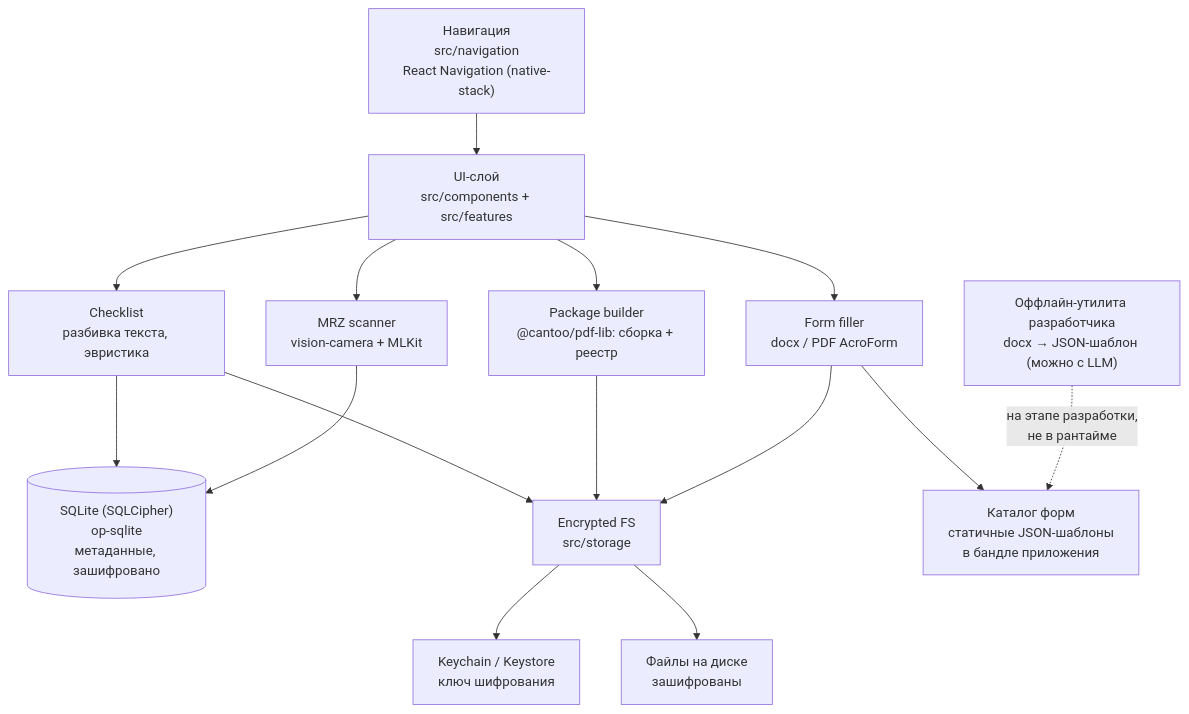
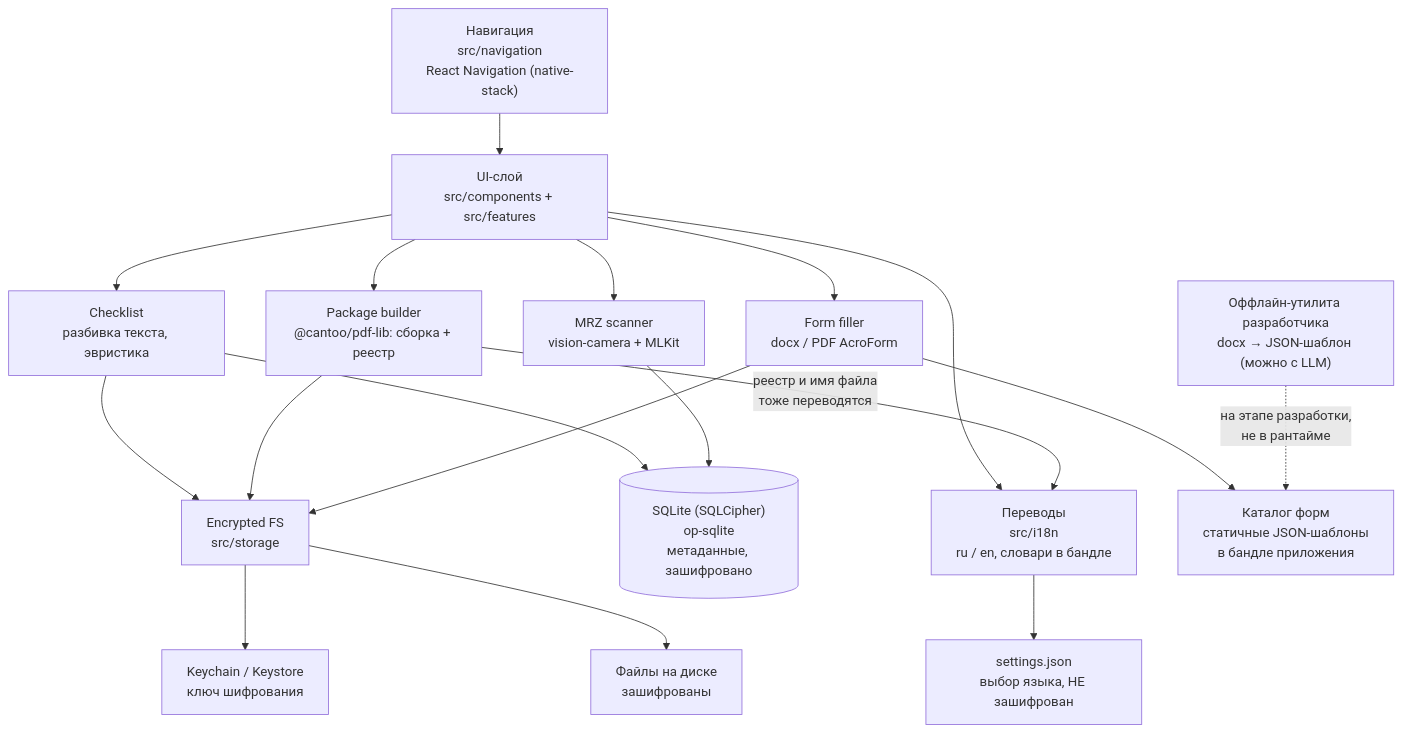
Before and after one commit to dplatonova1/go-docs: the diagram in docs/architecture.md, drawn with Mermaid. The commit also changed other lines of this file and 68 other files, not shown here.

````diff
--- a/docs/architecture.md
+++ b/docs/architecture.md
@@ -22,23 +22,28 @@
 ```mermaid
 graph TD
     UI["UI-слой<br/>src/components + src/features"]
     NAV["Навигация<br/>src/navigation<br/>React Navigation (native-stack)"]
+    I18N["Переводы<br/>src/i18n<br/>ru / en, словари в бандле"]
 
     NAV --> UI
     UI --> CHK["Checklist<br/>разбивка текста, эвристика"]
     UI --> PKG["Package builder<br/>@cantoo/pdf-lib: сборка + реестр"]
     UI --> FORMS["Form filler<br/>docx / PDF AcroForm"]
     UI --> MRZ["MRZ scanner<br/>vision-camera + MLKit"]
+
+    UI --> I18N
+    PKG -->|"реестр и имя файла<br/>тоже переводятся"| I18N
+    I18N --> SET["settings.json<br/>выбор языка, НЕ зашифрован"]
 
     CHK --> DB[("SQLite (SQLCipher)<br/>op-sqlite<br/>метаданные, зашифровано")]
     CHK --> FS["Encrypted FS<br/>src/storage"]
     PKG --> FS
     FORMS --> FS
     FORMS --> CAT["Каталог форм<br/>статичные JSON-шаблоны<br/>в бандле приложения"]
     MRZ --> DB
 
     FS --> KEY["Keychain / Keystore<br/>ключ шифрования"]
     FS --> DISK["Файлы на диске<br/>зашифрованы"]
 
     DEV["Оффлайн-утилита разработчика<br/>docx → JSON-шаблон (можно с LLM)"] -.->|"на этапе разработки,<br/>не в рантайме"| CAT
 ```
````
